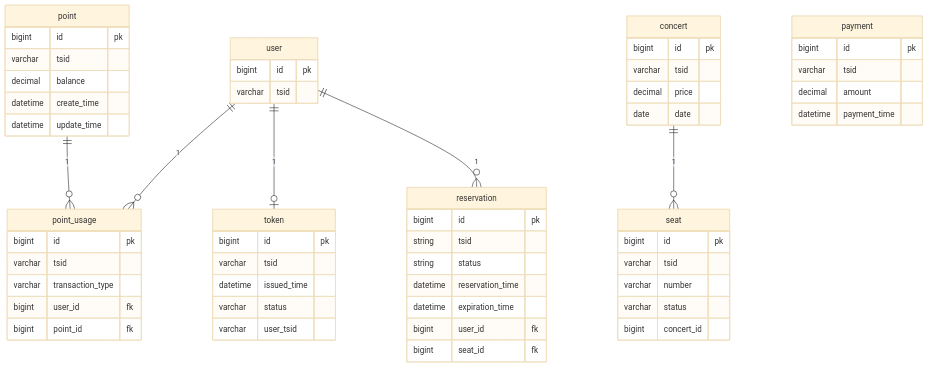
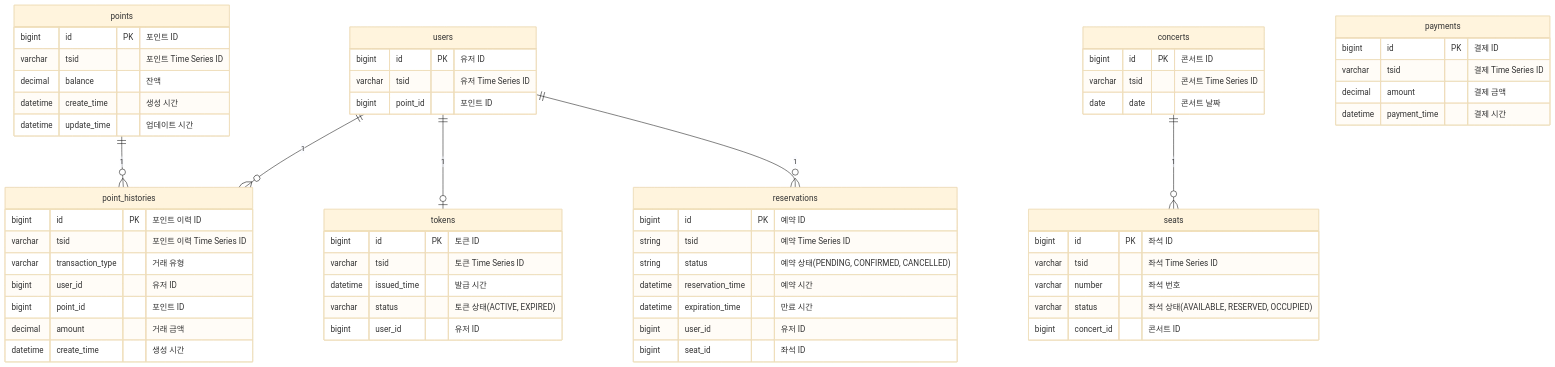
Before and after one commit to wanniDev/ticket: the eighth of 8 diagrams in README.MD, drawn with Mermaid (base theme).

Commit message:
Document: 쿼리 분석에 앞서 비즈니스 로직 보완중에 변경이 생긴 스키마 반영

````diff
--- a/README.MD
+++ b/README.MD
@@ -398,65 +398,67 @@
 ```mermaid
 erDiagram
-    user {
-        bigint id pk
-        varchar tsid
+    users {
+        bigint id PK "유저 ID"
+        varchar tsid "유저 Time Series ID"
+        bigint point_id "포인트 ID"
     }
-    point {
-      bigint id pk
-      varchar tsid
-      decimal balance
-      datetime create_time
-      datetime update_time
+    points {
+      bigint id PK "포인트 ID"
+      varchar tsid "포인트 Time Series ID"
+      decimal balance "잔액"
+      datetime create_time "생성 시간"
+      datetime update_time "업데이트 시간"
     }
-    point_usage {
-      bigint id pk
-      varchar tsid
-      varchar transaction_type
-      bigint user_id fk
-      bigint point_id fk
+    point_histories {
+      bigint id PK "포인트 이력 ID"
+      varchar tsid "포인트 이력 Time Series ID"
+      varchar transaction_type "거래 유형"
+      bigint user_id "유저 ID"
+      bigint point_id "포인트 ID"
+      decimal amount "거래 금액"
+      datetime create_time "생성 시간"
     }
-    token {
-        bigint id pk
-        varchar tsid
-        datetime issued_time
-        varchar status
-        varchar user_tsid
+    tokens {
+        bigint id PK "토큰 ID"
+        varchar tsid "토큰 Time Series ID"
+        datetime issued_time "발급 시간"
+        varchar status "토큰 상태(ACTIVE, EXPIRED)"
+        bigint user_id "유저 ID"
     }
-    concert {
-        bigint id pk
-        varchar tsid
-        decimal price
-        date date
+    concerts {
+        bigint id PK "콘서트 ID"
+        varchar tsid "콘서트 Time Series ID"
+        date date "콘서트 날짜"
     }
     
-    seat { 
-        bigint id pk
-        varchar tsid
-        varchar number
-        varchar status
-        bigint concert_id
+    seats { 
+        bigint id PK "좌석 ID"
+        varchar tsid "좌석 Time Series ID"
+        varchar number "좌석 번호"
+        varchar status "좌석 상태(AVAILABLE, RESERVED, OCCUPIED)"
+        bigint concert_id "콘서트 ID"
     }
 
-    reservation {
-        bigint id pk
-        string tsid
-        string status
-        datetime reservation_time
-        datetime expiration_time
-        bigint user_id fk
-        bigint seat_id fk
+    reservations {
+        bigint id PK "예약 ID"
+        string tsid "예약 Time Series ID"
+        string status "예약 상태(PENDING, CONFIRMED, CANCELLED)"
+        datetime reservation_time "예약 시간"
+        datetime expiration_time "만료 시간"
+        bigint user_id "유저 ID"
+        bigint seat_id "좌석 ID"
     }
     
-    payment {
-        bigint id pk
-        varchar tsid
-        decimal amount
-        datetime payment_time
+    payments {
+        bigint id PK "결제 ID"
+        varchar tsid "결제 Time Series ID"
+        decimal amount "결제 금액"
+        datetime payment_time "결제 시간"
     }
-    
-    concert ||--o{ seat : "1"
-    point ||--o{ point_usage : "1"
-    user ||--o{ point_usage : "1"
-    user ||--o| token : "1"
-    user ||--o{ reservation : "1"
+
+    concerts ||--o{ seats : "1"
+    points ||--o{ point_histories : "1"
+    users ||--o{ point_histories : "1"
+    users ||--o| tokens : "1"
+    users ||--o{ reservations : "1"
 ```
````
